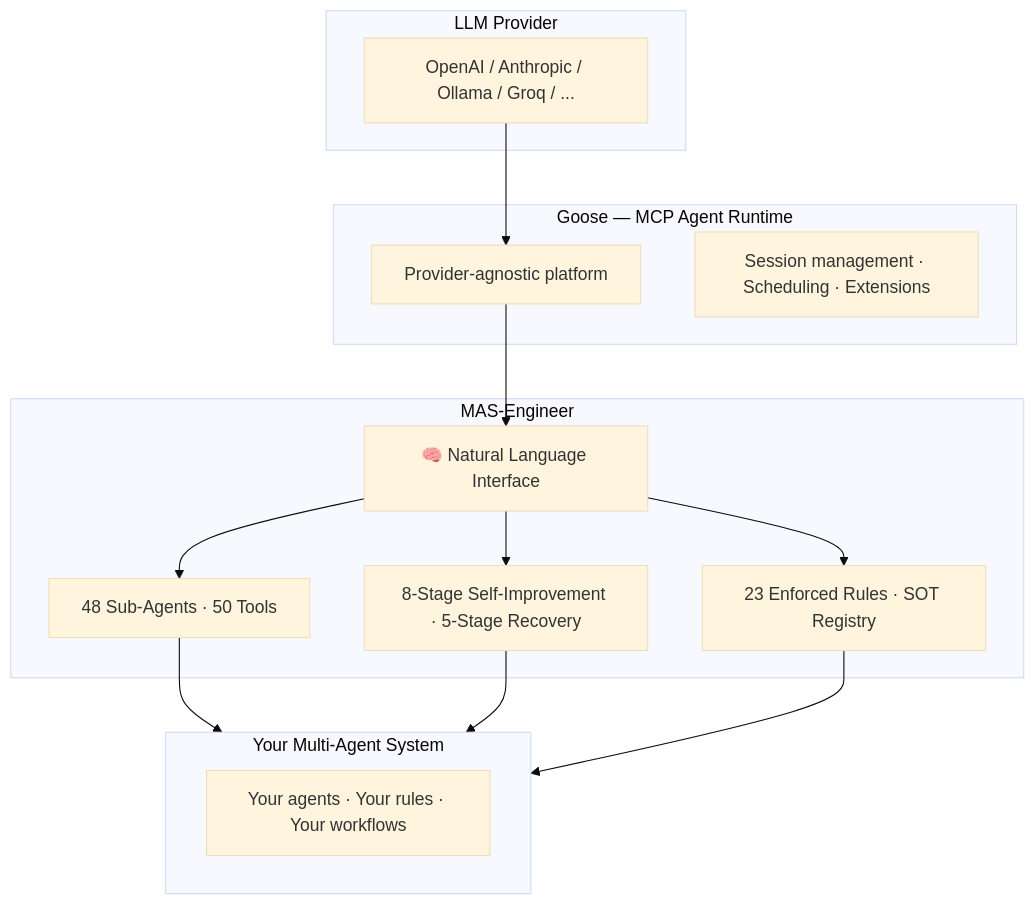
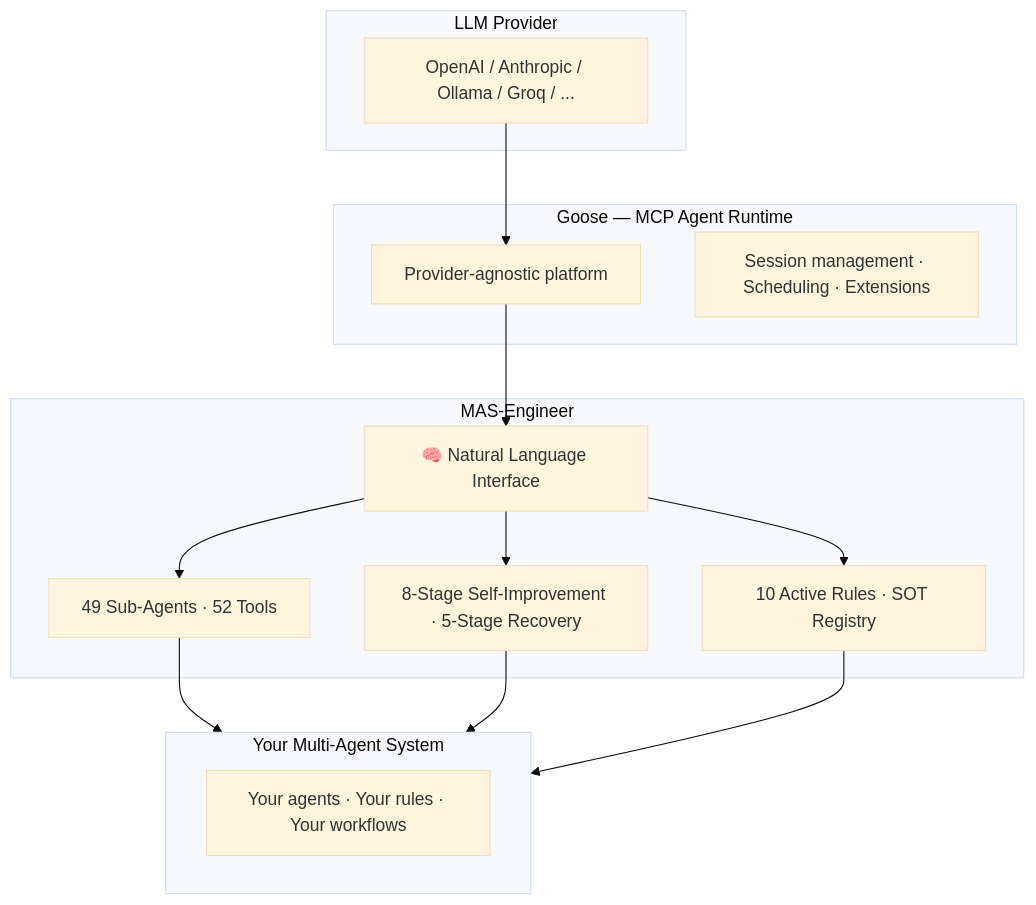
Before and after one commit to mczardybon/mas-engineer: the third of 6 diagrams in README.md, drawn with Mermaid (base theme). The commit also changed other lines of this file and 23 other files, not shown here.

````diff
--- a/README.md
+++ b/README.md
@@ -269,22 +269,22 @@
 ```mermaid
 flowchart TB
     subgraph LLM["LLM Provider"]
         L1["OpenAI / Anthropic / Ollama / Groq / ..."]
     end
     subgraph GOOSE["Goose — MCP Agent Runtime"]
         G1["Provider-agnostic platform"]
         G2["Session management · Scheduling · Extensions"]
     end
     subgraph ENGINEER["MAS-Engineer"]
         E1["🧠 Natural Language Interface"]
-        E2["48 Sub-Agents · 50 Tools"]
+        E2["49 Sub-Agents · 52 Tools"]
         E3["8-Stage Self-Improvement · 5-Stage Recovery"]
-        E4["23 Enforced Rules · SOT Registry"]
+        E4["10 Active Rules · SOT Registry"]
     end
     subgraph SYSTEM["Your Multi-Agent System"]
         S1["Your agents · Your rules · Your workflows"]
     end
     L1 --> G1 --> E1
     E1 --> E2 & E3 & E4
     E2 & E3 & E4 --> SYSTEM
 ```
````
